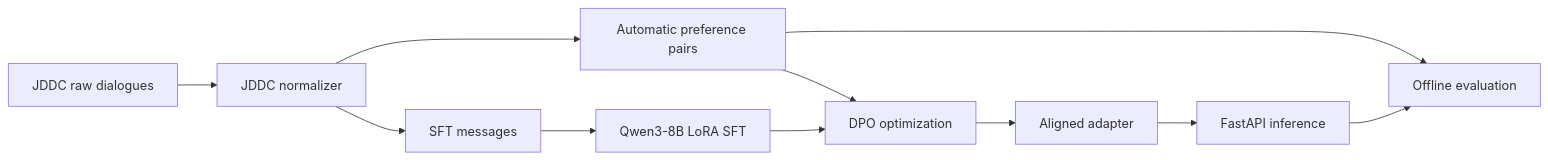
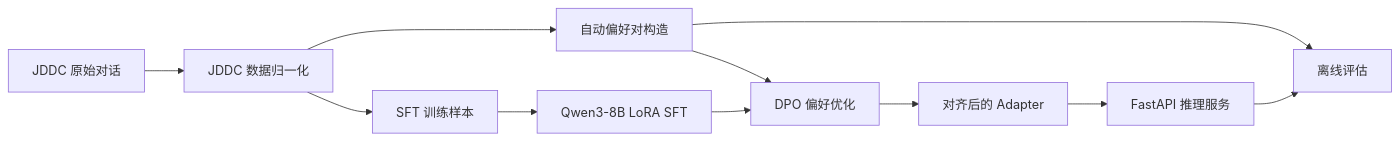
The diagram in README.md (XiaoFeiCode/qwen_dpo_customer_service), drawn with Mermaid before and after one commit. The commit also changed other lines of this file, not shown here.

````diff
--- a/README.md
+++ b/README.md
@@ -14,13 +16,13 @@
 ```mermaid
 flowchart LR
-    A["JDDC raw dialogues"] --> B["JDDC normalizer"]
-    B --> C["SFT messages"]
-    B --> D["Automatic preference pairs"]
+    A["JDDC 原始对话"] --> B["JDDC 数据归一化"]
+    B --> C["SFT 训练样本"]
+    B --> D["自动偏好对构造"]
     C --> E["Qwen3-8B LoRA SFT"]
-    D --> F["DPO optimization"]
+    D --> F["DPO 偏好优化"]
     E --> F
-    F --> G["Aligned adapter"]
-    G --> H["FastAPI inference"]
-    D --> I["Offline evaluation"]
+    F --> G["对齐后的 Adapter"]
+    G --> H["FastAPI 推理服务"]
+    D --> I["离线评估"]
     H --> I
 ```
````
